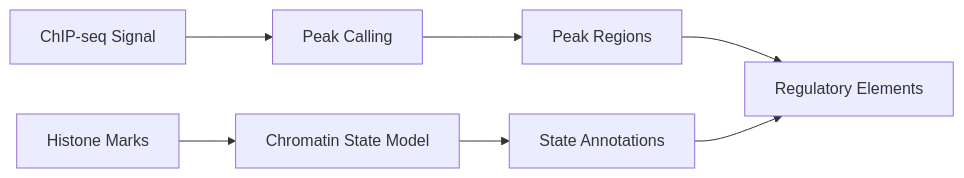
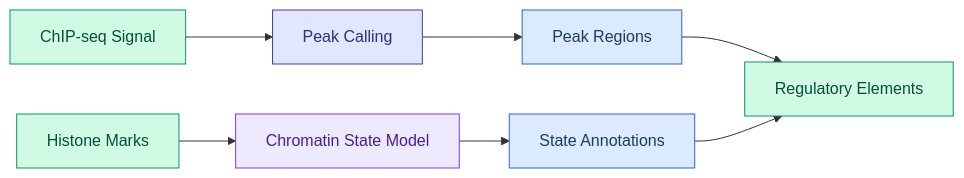
Before and after one commit to avitai/DiffBio: the diagram in docs/examples/advanced/epigenomics-analysis.md, drawn with Mermaid. The commit also changed 124 other files, not shown here.

````diff
--- a/docs/examples/advanced/epigenomics-analysis.md
+++ b/docs/examples/advanced/epigenomics-analysis.md
@@ -13,9 +13,17 @@
 ```mermaid
 graph LR
     A[ChIP-seq Signal] --> B[Peak Calling]
     B --> C[Peak Regions]
     D[Histone Marks] --> E[Chromatin State Model]
     E --> F[State Annotations]
     C --> G[Regulatory Elements]
     F --> G
+
+    style A fill:#d1fae5,stroke:#059669,color:#064e3b
+    style B fill:#e0e7ff,stroke:#4338ca,color:#312e81
+    style C fill:#dbeafe,stroke:#2563eb,color:#1e3a5f
+    style D fill:#d1fae5,stroke:#059669,color:#064e3b
+    style E fill:#ede9fe,stroke:#7c3aed,color:#4c1d95
+    style F fill:#dbeafe,stroke:#2563eb,color:#1e3a5f
+    style G fill:#d1fae5,stroke:#059669,color:#064e3b
 ```
````
